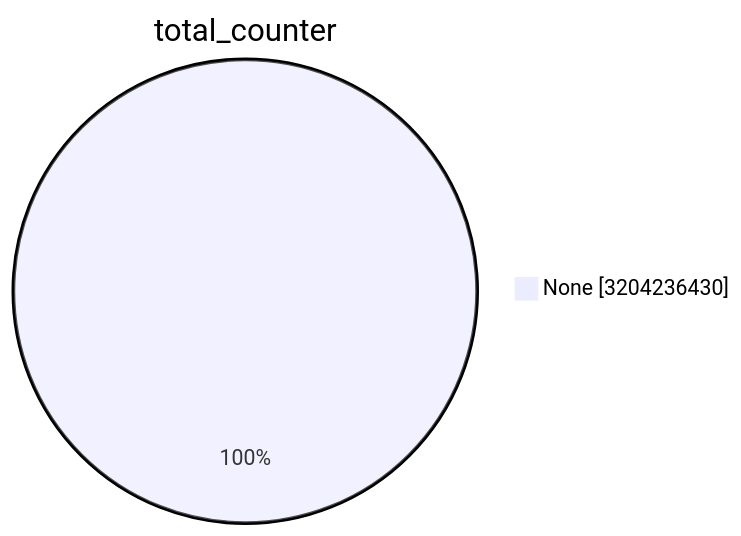
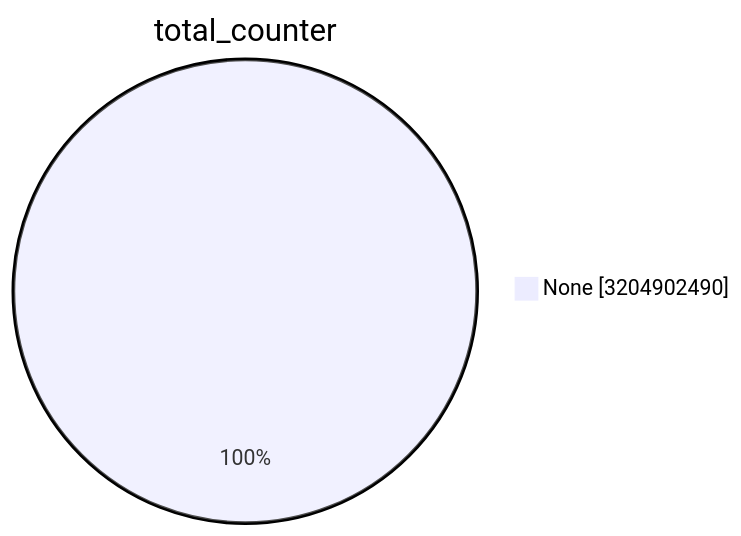
Before and after one commit to christiankrug/ctmonitor_visualization: the first of 15 diagrams in TOTAL/README.md, drawn with Mermaid. The commit also changed other lines of this file, not shown here.

````diff
--- a/TOTAL/README.md
+++ b/TOTAL/README.md
@@ -1,5 +1,5 @@
 ```mermaid
 pie showData
 title total_counter
-"None" :3204236430
+"None" :3204902490
 ```
````
